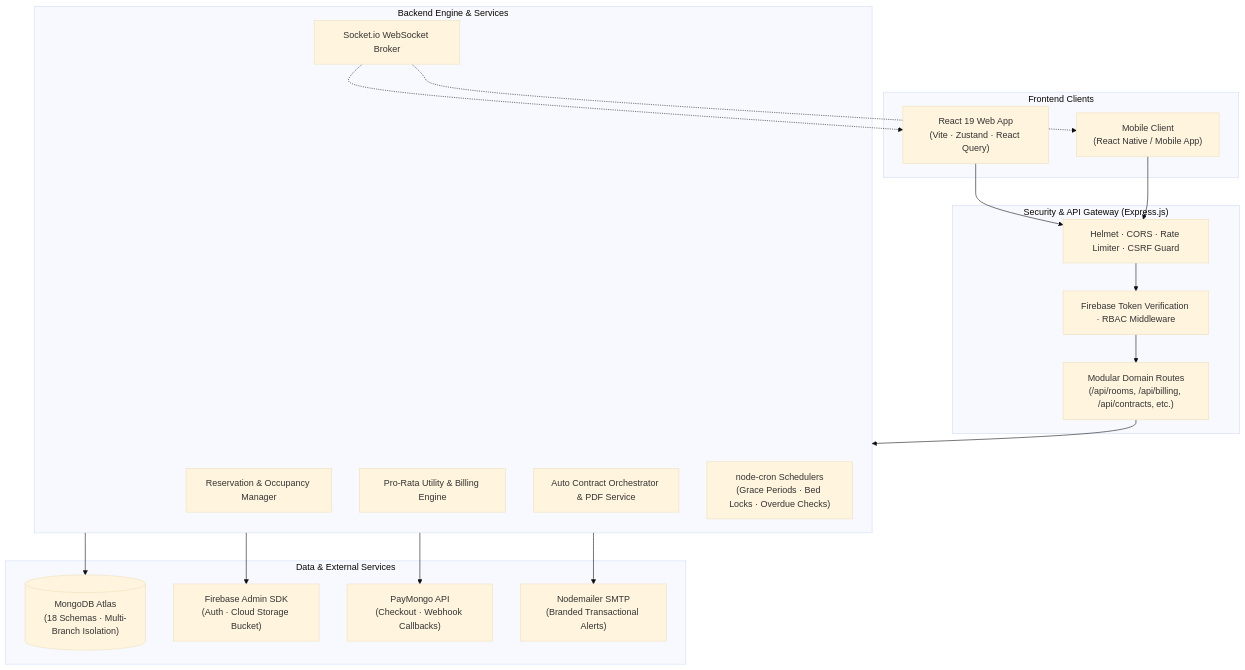
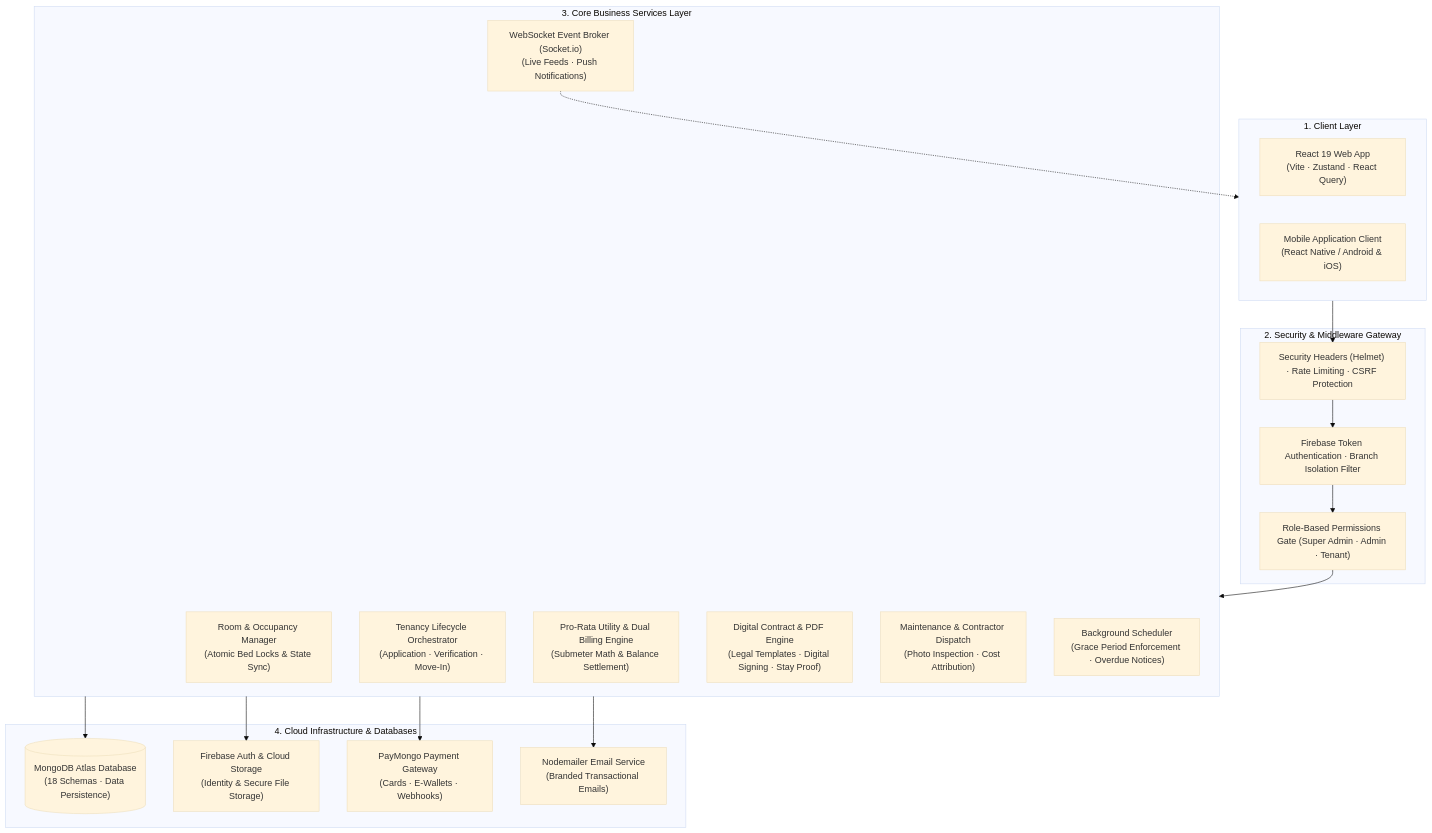
The first of 3 diagrams in README.md (PlaytsDEV/Capstone-Website), drawn with Mermaid (base theme) before and after one commit. The commit also changed other lines of this file, not shown here.

Commit message:
docs: refine README with deep domain guide, sanitized env templates, and clear system architecture

````diff
--- a/README.md
+++ b/README.md
@@ -62,39 +68,39 @@
 ```mermaid
 flowchart TB
-    subgraph Clients["Frontend Clients"]
+    subgraph Clients["1. Client Layer"]
         WEB["React 19 Web App\n(Vite · Zustand · React Query)"]
-        MOB["Mobile Client\n(React Native / Mobile App)"]
+        MOB["Mobile Application Client\n(React Native / Android & iOS)"]
     end
 
-    subgraph Gateway["Security & API Gateway (Express.js)"]
-        SEC["Helmet · CORS · Rate Limiter · CSRF Guard"]
-        AUTH["Firebase Token Verification · RBAC Middleware"]
-        ROUTES["Modular Domain Routes\n(/api/rooms, /api/billing, /api/contracts, etc.)"]
+    subgraph Security["2. Security & Middleware Gateway"]
+        SEC_GUARD["Security Headers (Helmet) · Rate Limiting · CSRF Protection"]
+        AUTH_GUARD["Firebase Token Authentication · Branch Isolation Filter"]
+        RBAC_GUARD["Role-Based Permissions Gate (Super Admin · Admin · Tenant)"]
     end
 
-    subgraph CoreEngine["Backend Engine & Services"]
-        RES_SRV["Reservation & Occupancy Manager"]
-        BILL_SRV["Pro-Rata Utility & Billing Engine"]
-        CONT_SRV["Auto Contract Orchestrator & PDF Service"]
-        CRON_SRV["node-cron Schedulers\n(Grace Periods · Bed Locks · Overdue Checks)"]
-        SOCK_SRV["Socket.io WebSocket Broker"]
+    subgraph DomainServices["3. Core Business Services Layer"]
+        OCC_SVC["Room & Occupancy Manager\n(Atomic Bed Locks & State Sync)"]
+        RES_SVC["Tenancy Lifecycle Orchestrator\n(Application · Verification · Move-In)"]
+        BILL_SVC["Pro-Rata Utility & Dual Billing Engine\n(Submeter Math & Balance Settlement)"]
+        CONT_SVC["Digital Contract & PDF Engine\n(Legal Templates · Digital Signing · Stay Proof)"]
+        MAINT_SVC["Maintenance & Contractor Dispatch\n(Photo Inspection · Cost Attribution)"]
+        CRON_SVC["Background Scheduler\n(Grace Period Enforcement · Overdue Notices)"]
+        SOCK_SVC["WebSocket Event Broker (Socket.io)\n(Live Feeds · Push Notifications)"]
     end
 
-    subgraph DataIntegrations["Data & External Services"]
-        MDB[("MongoDB Atlas\n(18 Schemas · Multi-Branch Isolation)")]
-        FB["Firebase Admin SDK\n(Auth · Cloud Storage Bucket)"]
-        PM["PayMongo API\n(Checkout · Webhook Callbacks)"]
-        MAIL["Nodemailer SMTP\n(Branded Transactional Alerts)"]
+    subgraph Infrastructure["4. Cloud Infrastructure & Databases"]
+        MDB[("MongoDB Atlas Database\n(18 Schemas · Data Persistence)")]
+        FB_AUTH["Firebase Auth & Cloud Storage\n(Identity & Secure File Storage)"]
+        PAYMONGO["PayMongo Payment Gateway\n(Cards · E-Wallets · Webhooks)"]
+        SMTP["Nodemailer Email Service\n(Branded Transactional Emails)"]
     end
 
-    WEB --> SEC
-    MOB --> SEC
-    SEC --> AUTH --> ROUTES
-    ROUTES --> CoreEngine
-    CoreEngine --> MDB
-    CoreEngine --> FB
-    CoreEngine --> PM
-    CoreEngine --> MAIL
-    SOCK_SRV -.-> WEB
-    SOCK_SRV -.-> MOB
+    Clients --> SEC_GUARD
+    SEC_GUARD --> AUTH_GUARD --> RBAC_GUARD
+    RBAC_GUARD --> DomainServices
+    DomainServices --> MDB
+    DomainServices --> FB_AUTH
+    DomainServices --> PAYMONGO
+    DomainServices --> SMTP
+    SOCK_SVC -.-> Clients
 ```
````
